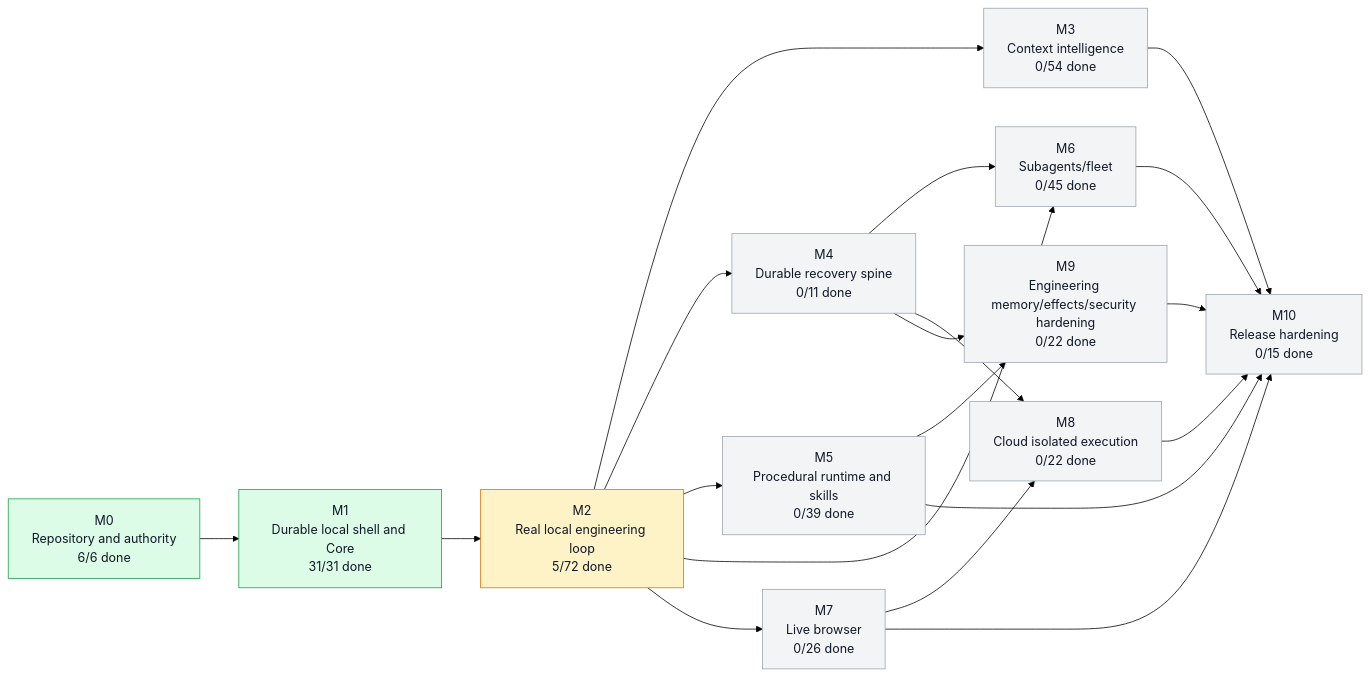
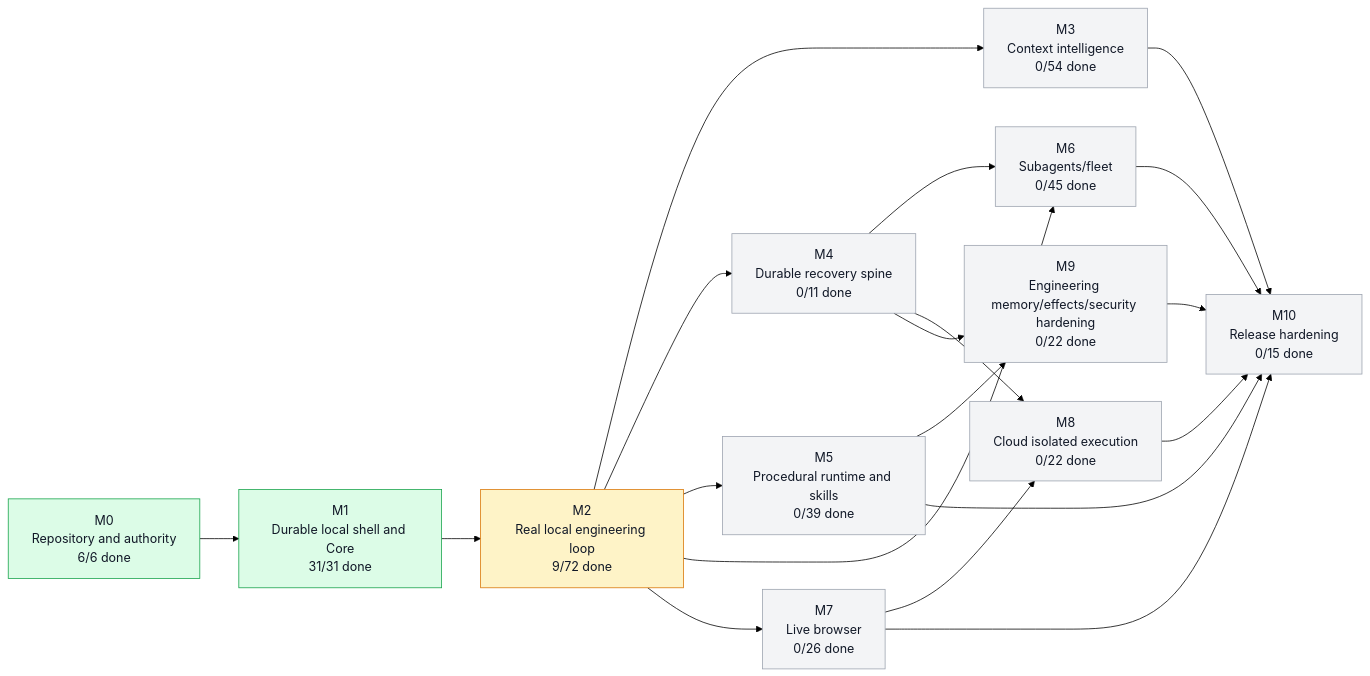
Before and after one commit to moss101/zmodbit: the first of 3 diagrams in graph/PROJECT_GRAPH.md, drawn with Mermaid (forest theme). The commit also changed other lines of this file and 7 other files, not shown here.

````diff
--- a/graph/PROJECT_GRAPH.md
+++ b/graph/PROJECT_GRAPH.md
@@ -43,43 +43,43 @@
 ```mermaid
 flowchart LR
   M0["M0<br/>Repository and authority<br/>6/6 done"]
   M1["M1<br/>Durable local shell and Core<br/>31/31 done"]
-  M2["M2<br/>Real local engineering loop<br/>5/72 done"]
+  M2["M2<br/>Real local engineering loop<br/>9/72 done"]
   M3["M3<br/>Context intelligence<br/>0/54 done"]
   M4["M4<br/>Durable recovery spine<br/>0/11 done"]
   M5["M5<br/>Procedural runtime and skills<br/>0/39 done"]
   M6["M6<br/>Subagents/fleet<br/>0/45 done"]
   M7["M7<br/>Live browser<br/>0/26 done"]
   M8["M8<br/>Cloud isolated execution<br/>0/22 done"]
   M9["M9<br/>Engineering memory/effects/security hardening<br/>0/22 done"]
   M10["M10<br/>Release hardening<br/>0/15 done"]
   M0 --> M1
   M1 --> M2
   M2 --> M3
   M2 --> M4
   M2 --> M5
   M2 --> M6
   M4 --> M6
   M2 --> M7
   M4 --> M8
   M7 --> M8
   M4 --> M9
   M5 --> M9
   M3 --> M10
   M5 --> M10
   M6 --> M10
   M7 --> M10
   M8 --> M10
   M9 --> M10
   style M0 fill:#dcfce7,stroke:#16a34a,color:#111827
   style M1 fill:#dcfce7,stroke:#16a34a,color:#111827
   style M2 fill:#fef3c7,stroke:#d97706,color:#111827
   style M3 fill:#f3f4f6,stroke:#9ca3af,color:#111827
   style M4 fill:#f3f4f6,stroke:#9ca3af,color:#111827
   style M5 fill:#f3f4f6,stroke:#9ca3af,color:#111827
   style M6 fill:#f3f4f6,stroke:#9ca3af,color:#111827
   style M7 fill:#f3f4f6,stroke:#9ca3af,color:#111827
   style M8 fill:#f3f4f6,stroke:#9ca3af,color:#111827
   style M9 fill:#f3f4f6,stroke:#9ca3af,color:#111827
   style M10 fill:#f3f4f6,stroke:#9ca3af,color:#111827
 ```
````
